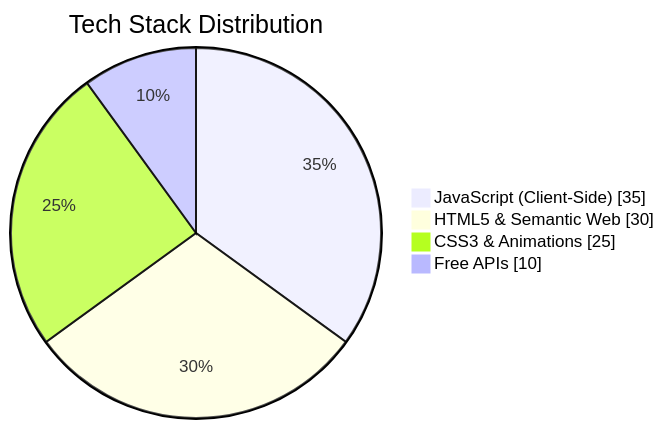
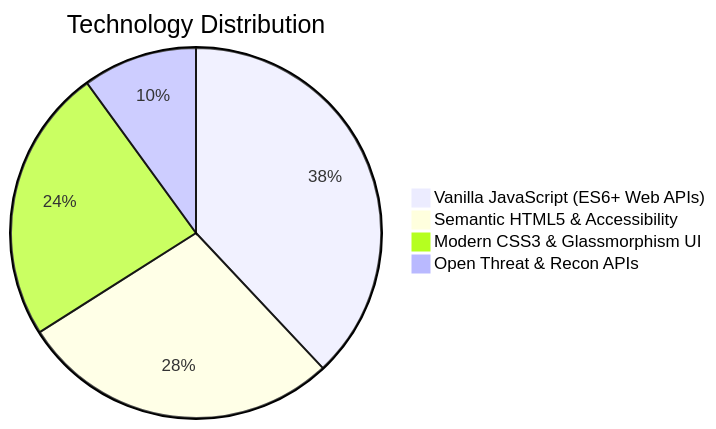
The fifth of 8 diagrams in README.md (Ab-aswini/Aswini--mini-security-tool-portfolio), drawn with Mermaid before and after one commit. The commit also changed other lines of this file, not shown here.

Commit message:
docs: resolve rich display rendering errors and polish Mermaid architecture diagrams

````diff
--- a/README.md
+++ b/README.md
@@ -226,8 +233,7 @@
 ```mermaid
-pie showData
-    title Tech Stack Distribution
-    "JavaScript (Client-Side)" : 35
-    "HTML5 & Semantic Web" : 30
-    "CSS3 & Animations" : 25
-    "Free APIs" : 10
+pie title Technology Distribution
+    "Vanilla JavaScript (ES6+ Web APIs)" : 38
+    "Semantic HTML5 & Accessibility" : 28
+    "Modern CSS3 & Glassmorphism UI" : 24
+    "Open Threat & Recon APIs" : 10
 ```
````
